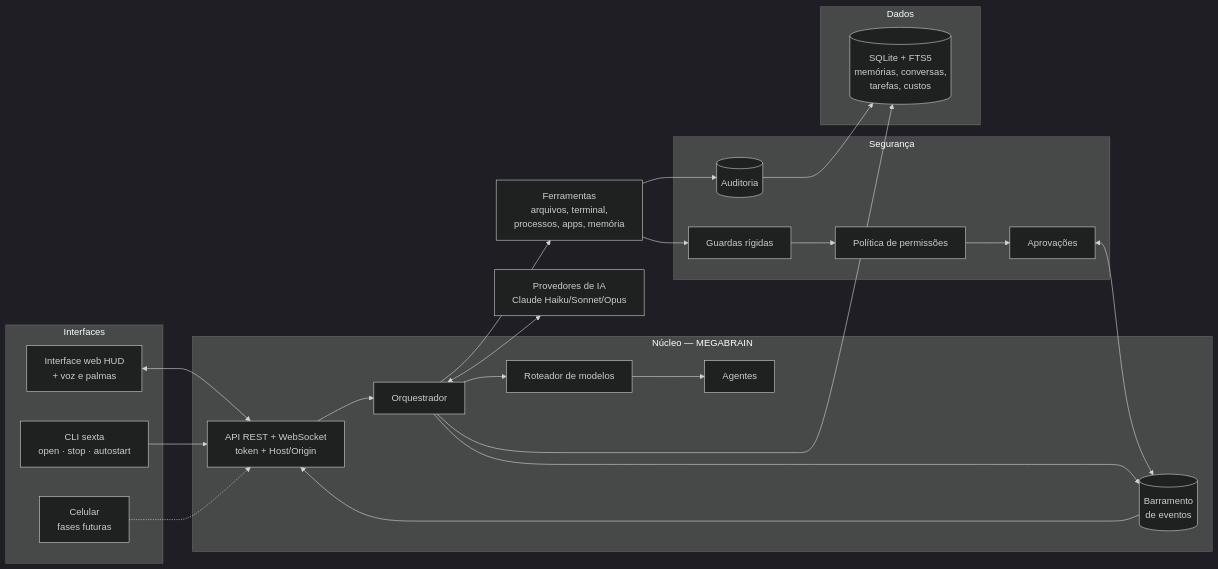
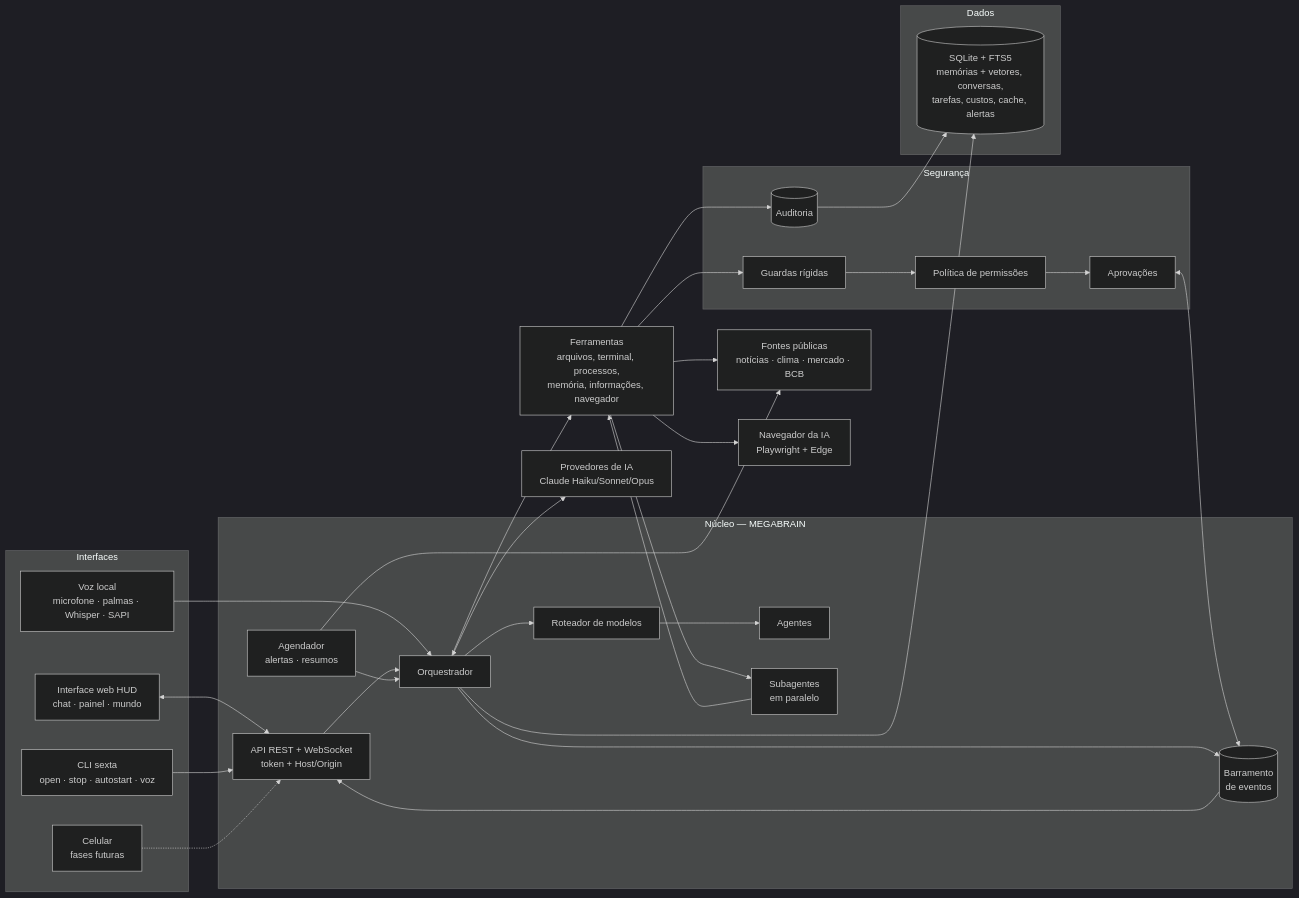
One commit to Feliphe-Galdino/i.a changed the first of 2 diagrams in docs/ARQUITETURA.md. Above: the diagram before and after it, drawn with Mermaid (dark theme). The commit also changed other lines of this file and 9 other files, not shown here.

````diff
--- a/docs/ARQUITETURA.md
+++ b/docs/ARQUITETURA.md
@@ -9,43 +9,54 @@
 ```mermaid
 flowchart LR
     subgraph Interfaces
-        UI[Interface web HUD<br/>+ voz e palmas]
-        CLI[CLI sexta<br/>open · stop · autostart]
+        UI[Interface web HUD<br/>chat · painel · mundo]
+        VOZ[Voz local<br/>microfone · palmas · Whisper · SAPI]
+        CLI[CLI sexta<br/>open · stop · autostart · voz]
         FUT[Celular<br/>fases futuras]
     end
 
     subgraph Núcleo["Núcleo — MEGABRAIN"]
         API[API REST + WebSocket<br/>token + Host/Origin]
         ORQ[Orquestrador]
         ROT[Roteador de modelos]
         AG[Agentes]
+        SUB[Subagentes<br/>em paralelo]
         BUS[(Barramento<br/>de eventos)]
+        SCH[Agendador<br/>alertas · resumos]
     end
 
     subgraph Seguranca["Segurança"]
         POL[Política de permissões]
         GUA[Guardas rígidas]
         APR[Aprovações]
         AUD[(Auditoria)]
     end
 
     subgraph Dados
-        DB[(SQLite + FTS5<br/>memórias, conversas,<br/>tarefas, custos)]
+        DB[(SQLite + FTS5<br/>memórias + vetores, conversas,<br/>tarefas, custos, cache, alertas)]
     end
 
     LLM[Provedores de IA<br/>Claude Haiku/Sonnet/Opus]
-    TOOLS[Ferramentas<br/>arquivos, terminal,<br/>processos, apps, memória]
+    TOOLS[Ferramentas<br/>arquivos, terminal, processos,<br/>memória, informações, navegador]
+    INTEL[Fontes públicas<br/>notícias · clima · mercado · BCB]
+    NAV[Navegador da IA<br/>Playwright + Edge]
 
     UI <--> API
+    VOZ --> ORQ
     CLI --> API
     FUT -.-> API
     API --> ORQ
     ORQ --> ROT --> AG
     ORQ <--> LLM
     ORQ --> TOOLS
+    TOOLS --> SUB --> TOOLS
+    TOOLS --> INTEL
+    TOOLS --> NAV
+    SCH --> INTEL
+    SCH --> ORQ
     TOOLS --> GUA --> POL --> APR
     APR <--> BUS
     ORQ --> BUS --> API
     ORQ --> DB
     TOOLS --> AUD --> DB
 ```
````
